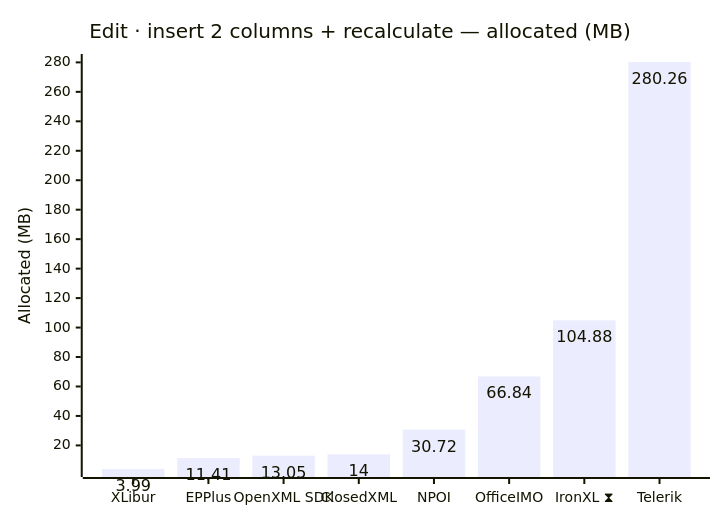
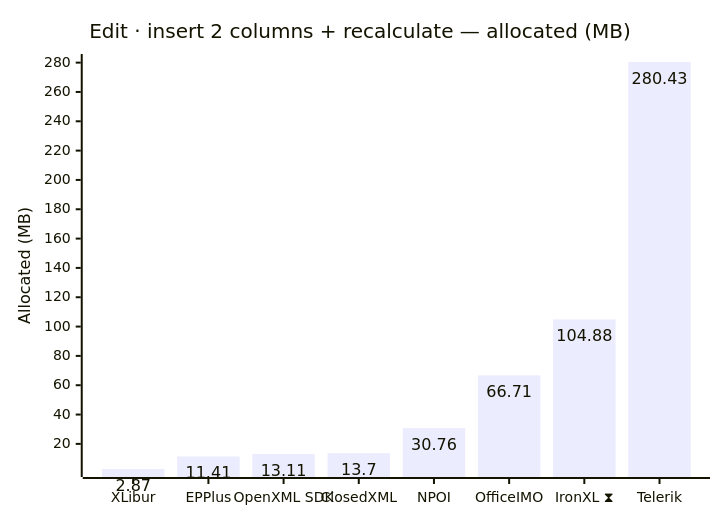
One commit to jafin/XLBench changed diagram 12 of 12 in docs/results.md. Above: the diagram before and after it, drawn with Mermaid. The commit also changed other lines of this file and 4 other files, not shown here.

````diff
--- a/docs/results.md
+++ b/docs/results.md
@@ -185,12 +185,12 @@
 ```mermaid
 ---
 config:
   xyChart:
     showDataLabel: true
 ---
 xychart-beta
     title "Edit · insert 2 columns + recalculate — allocated (MB)"
     x-axis ["XLibur", "EPPlus", "OpenXML SDK", "ClosedXML", "NPOI", "OfficeIMO", "IronXL ⧗", "Telerik"]
     y-axis "Allocated (MB)"
-    bar [3.99, 11.41, 13.05, 14, 30.72, 66.84, 104.88, 280.26]
+    bar [2.87, 11.41, 13.11, 13.7, 30.76, 66.71, 104.88, 280.43]
 ```
````
